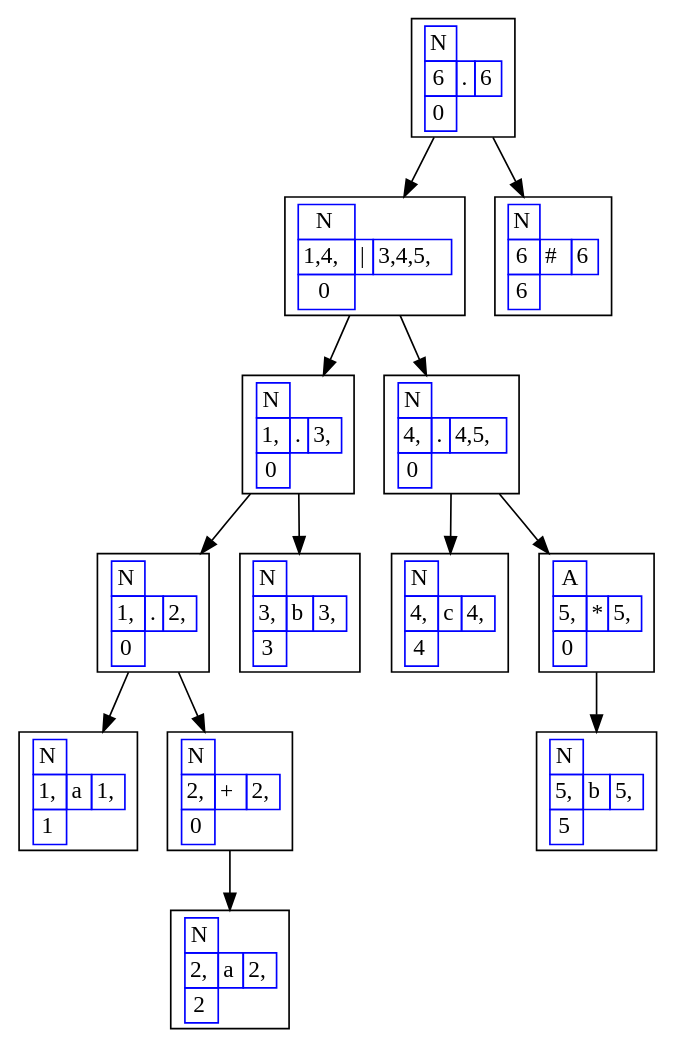
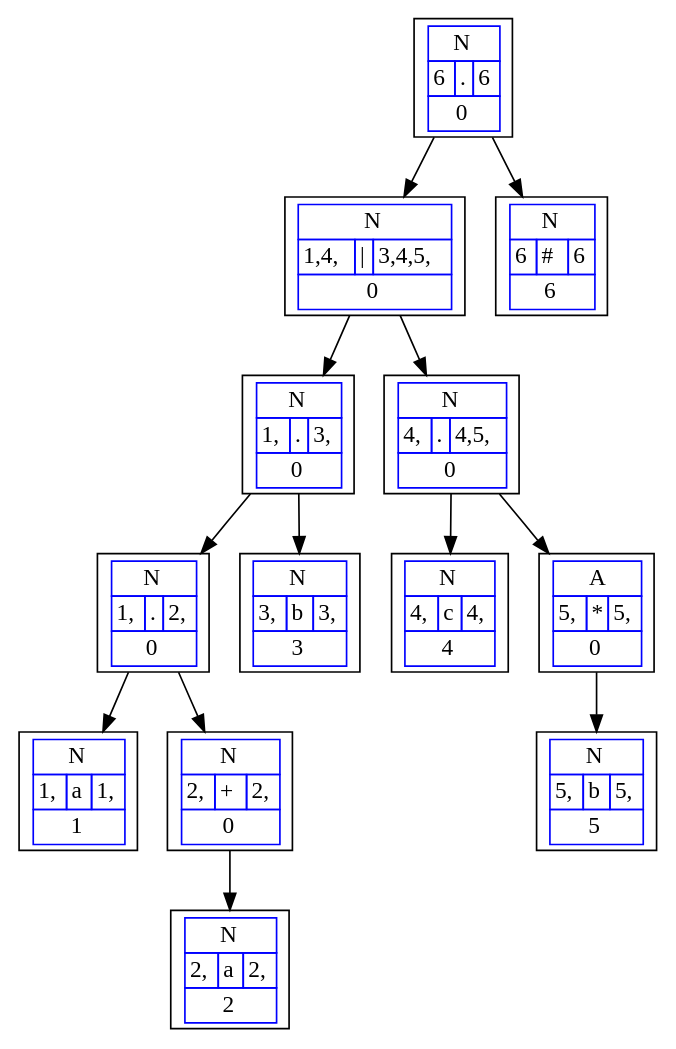
One commit to Racs0XD/-OLC1-Proyecto1_201603028 changed the diagram in Py1_201603028/src/ARBOLES_201603028/Ejercicio_4.dot. Above: the diagram before and after it, drawn with Graphviz. The commit also changed 144 other files, not shown here.

```diff
--- a/Py1_201603028/src/ARBOLES_201603028/Ejercicio_4.dot
+++ b/Py1_201603028/src/ARBOLES_201603028/Ejercicio_4.dot
@@ -1,109 +1,109 @@
 digraph G{
 rankdir=UD
 node[shape=box]
 concentrate=true
-nodo13 [ label =< 
+nodo103 [ label =< 
 <table border='0' cellborder='1' color='blue' cellspacing='0'>
-<tr><td>N</td></tr>
+<tr><td colspan="3">N</td></tr>
 <tr><td>6</td><td>.</td><td>6</td></tr>
-<tr><td>0</td></tr>
+<tr><td colspan="3">0</td></tr>
 </table>
 >];
-nodo11 [ label =< 
+nodo101 [ label =< 
 <table border='0' cellborder='1' color='blue' cellspacing='0'>
-<tr><td>N</td></tr>
+<tr><td colspan="3">N</td></tr>
 <tr><td>1,4,</td><td>|</td><td>3,4,5,</td></tr>
-<tr><td>0</td></tr>
+<tr><td colspan="3">0</td></tr>
 </table>
 >];
-nodo6 [ label =< 
+nodo96 [ label =< 
 <table border='0' cellborder='1' color='blue' cellspacing='0'>
-<tr><td>N</td></tr>
+<tr><td colspan="3">N</td></tr>
 <tr><td>1,</td><td>.</td><td>3,</td></tr>
-<tr><td>0</td></tr>
+<tr><td colspan="3">0</td></tr>
 </table>
 >];
-nodo4 [ label =< 
+nodo94 [ label =< 
 <table border='0' cellborder='1' color='blue' cellspacing='0'>
-<tr><td>N</td></tr>
+<tr><td colspan="3">N</td></tr>
 <tr><td>1,</td><td>.</td><td>2,</td></tr>
-<tr><td>0</td></tr>
+<tr><td colspan="3">0</td></tr>
 </table>
 >];
-nodo1 [ label =< 
+nodo91 [ label =< 
 <table border='0' cellborder='1' color='blue' cellspacing='0'>
-<tr><td>N</td></tr>
+<tr><td colspan="3">N</td></tr>
 <tr><td>1,</td><td>a</td><td>1,</td></tr>
-<tr><td>1</td></tr>
+<tr><td colspan="3">1</td></tr>
 </table>
 >];
-nodo4->nodo1
-nodo3 [ label =< 
+nodo94->nodo91
+nodo93 [ label =< 
 <table border='0' cellborder='1' color='blue' cellspacing='0'>
-<tr><td>N</td></tr>
+<tr><td colspan="3">N</td></tr>
 <tr><td>2,</td><td>+</td><td>2,</td></tr>
-<tr><td>0</td></tr>
+<tr><td colspan="3">0</td></tr>
 </table>
 >];
-nodo2 [ label =< 
+nodo92 [ label =< 
 <table border='0' cellborder='1' color='blue' cellspacing='0'>
-<tr><td>N</td></tr>
+<tr><td colspan="3">N</td></tr>
 <tr><td>2,</td><td>a</td><td>2,</td></tr>
-<tr><td>2</td></tr>
+<tr><td colspan="3">2</td></tr>
 </table>
 >];
-nodo3->nodo2
-nodo4->nodo3
-nodo6->nodo4
-nodo5 [ label =< 
+nodo93->nodo92
+nodo94->nodo93
+nodo96->nodo94
+nodo95 [ label =< 
 <table border='0' cellborder='1' color='blue' cellspacing='0'>
-<tr><td>N</td></tr>
+<tr><td colspan="3">N</td></tr>
 <tr><td>3,</td><td>b</td><td>3,</td></tr>
-<tr><td>3</td></tr>
+<tr><td colspan="3">3</td></tr>
 </table>
 >];
-nodo6->nodo5
-nodo11->nodo6
-nodo10 [ label =< 
+nodo96->nodo95
+nodo101->nodo96
+nodo100 [ label =< 
 <table border='0' cellborder='1' color='blue' cellspacing='0'>
-<tr><td>N</td></tr>
+<tr><td colspan="3">N</td></tr>
 <tr><td>4,</td><td>.</td><td>4,5,</td></tr>
-<tr><td>0</td></tr>
+<tr><td colspan="3">0</td></tr>
 </table>
 >];
-nodo7 [ label =< 
+nodo97 [ label =< 
 <table border='0' cellborder='1' color='blue' cellspacing='0'>
-<tr><td>N</td></tr>
+<tr><td colspan="3">N</td></tr>
 <tr><td>4,</td><td>c</td><td>4,</td></tr>
-<tr><td>4</td></tr>
+<tr><td colspan="3">4</td></tr>
 </table>
 >];
-nodo10->nodo7
-nodo9 [ label =< 
+nodo100->nodo97
+nodo99 [ label =< 
 <table border='0' cellborder='1' color='blue' cellspacing='0'>
-<tr><td>A</td></tr>
+<tr><td colspan="3">A</td></tr>
 <tr><td>5,</td><td>*</td><td>5,</td></tr>
-<tr><td>0</td></tr>
+<tr><td colspan="3">0</td></tr>
 </table>
 >];
-nodo8 [ label =< 
+nodo98 [ label =< 
 <table border='0' cellborder='1' color='blue' cellspacing='0'>
-<tr><td>N</td></tr>
+<tr><td colspan="3">N</td></tr>
 <tr><td>5,</td><td>b</td><td>5,</td></tr>
-<tr><td>5</td></tr>
+<tr><td colspan="3">5</td></tr>
 </table>
 >];
-nodo9->nodo8
-nodo10->nodo9
-nodo11->nodo10
-nodo13->nodo11
-nodo12 [ label =< 
+nodo99->nodo98
+nodo100->nodo99
+nodo101->nodo100
+nodo103->nodo101
+nodo102 [ label =< 
 <table border='0' cellborder='1' color='blue' cellspacing='0'>
-<tr><td>N</td></tr>
+<tr><td colspan="3">N</td></tr>
 <tr><td>6</td><td>#</td><td>6</td></tr>
-<tr><td>6</td></tr>
+<tr><td colspan="3">6</td></tr>
 </table>
 >];
-nodo13->nodo12
+nodo103->nodo102
 
 }
```
